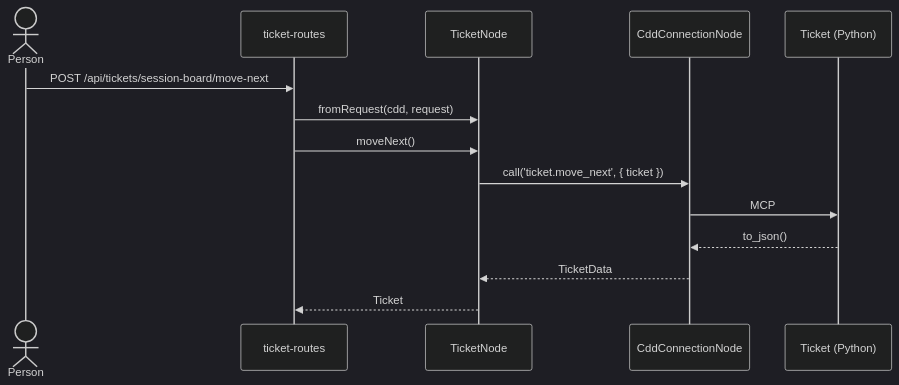
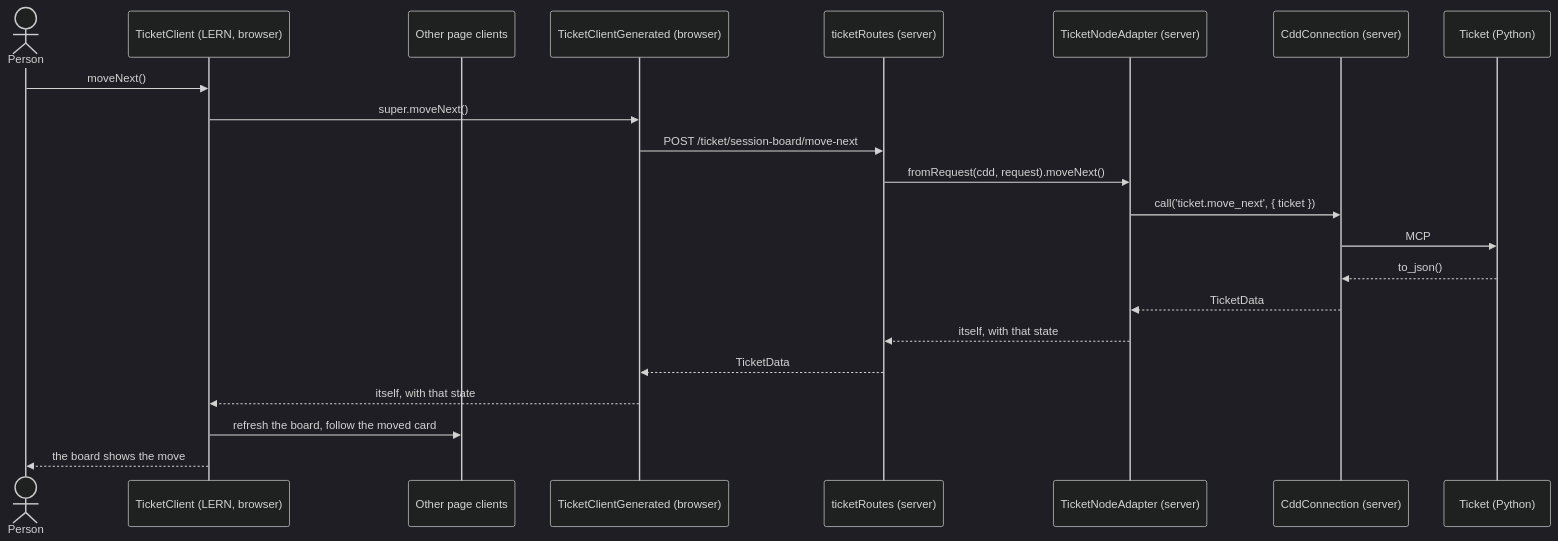
One commit to abd-works/abd-context-driven-delivery changed the second of 2 diagrams in cdd_guidance/patterns/cdd_access/cdd_access.md. Above: the diagram before and after it, drawn with Mermaid (dark theme). The commit also changed other lines of this file and 114 other files, not shown here.

First line of the commit message:
CDD access: generate the server adapter, browser client, and routes for each object

````diff
--- a/cdd_guidance/patterns/cdd_access/cdd_access.md
+++ b/cdd_guidance/patterns/cdd_access/cdd_access.md
@@ -64,17 +77,25 @@
 ```mermaid
 sequenceDiagram
   actor Person
-  participant Route as ticket-routes
-  participant Node as TicketNode
-  participant Connection as CddConnectionNode
+  participant Client as TicketClient (LERN, browser)
+  participant Others as Other page clients
+  participant Generated as TicketClientGenerated (browser)
+  participant Route as ticketRoutes (server)
+  participant Node as TicketNodeAdapter (server)
+  participant Connection as CddConnection (server)
   participant Python as Ticket (Python)
 
-  Person->>Route: POST /api/tickets/session-board/move-next
-  Route->>Node: fromRequest(cdd, request)
-  Route->>Node: moveNext()
+  Person->>Client: moveNext()
+  Client->>Generated: super.moveNext()
+  Generated->>Route: POST /ticket/session-board/move-next
+  Route->>Node: fromRequest(cdd, request).moveNext()
   Node->>Connection: call('ticket.move_next', { ticket })
   Connection->>Python: MCP
   Python-->>Connection: to_json()
   Connection-->>Node: TicketData
-  Node-->>Route: Ticket
+  Node-->>Route: itself, with that state
+  Route-->>Generated: TicketData
+  Generated-->>Client: itself, with that state
+  Client->>Others: refresh the board, follow the moved card
+  Client-->>Person: the board shows the move
 ```
````
